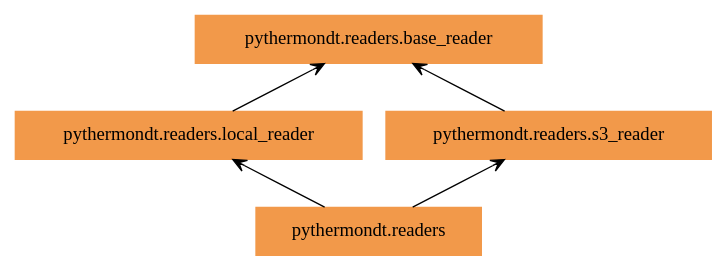
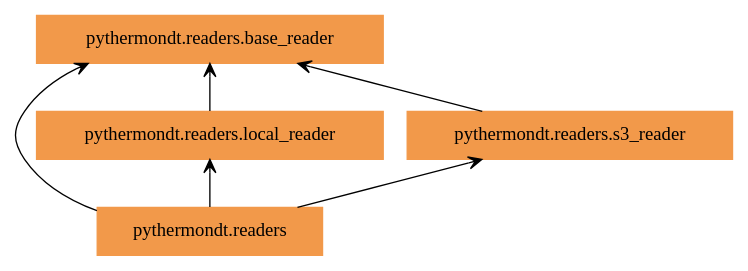
One commit to voidsy-gmbh/pyThermoNDT changed the diagram in docs/pyreverse/graphviz/packages_pythermondt.readers.gv. Above: the diagram before and after it, drawn with Graphviz. The commit also changed 17 other files, not shown here.

Commit message:
Update pyreverse diagrams (#54)

```diff
--- a/docs/pyreverse/graphviz/packages_pythermondt.readers.gv
+++ b/docs/pyreverse/graphviz/packages_pythermondt.readers.gv
@@ -1,12 +1,13 @@
 digraph "packages_pythermondt.readers" {
 rankdir=BT
 charset="utf-8"
 "pythermondt.readers" [color="#F2994A", label=<pythermondt.readers>, shape="box", style="filled"];
 "pythermondt.readers.base_reader" [color="#F2994A", label=<pythermondt.readers.base_reader>, shape="box", style="filled"];
 "pythermondt.readers.local_reader" [color="#F2994A", label=<pythermondt.readers.local_reader>, shape="box", style="filled"];
 "pythermondt.readers.s3_reader" [color="#F2994A", label=<pythermondt.readers.s3_reader>, shape="box", style="filled"];
+"pythermondt.readers" -> "pythermondt.readers.base_reader" [arrowhead="open", arrowtail="none"];
 "pythermondt.readers" -> "pythermondt.readers.local_reader" [arrowhead="open", arrowtail="none"];
 "pythermondt.readers" -> "pythermondt.readers.s3_reader" [arrowhead="open", arrowtail="none"];
 "pythermondt.readers.local_reader" -> "pythermondt.readers.base_reader" [arrowhead="open", arrowtail="none"];
 "pythermondt.readers.s3_reader" -> "pythermondt.readers.base_reader" [arrowhead="open", arrowtail="none"];
 }
```
